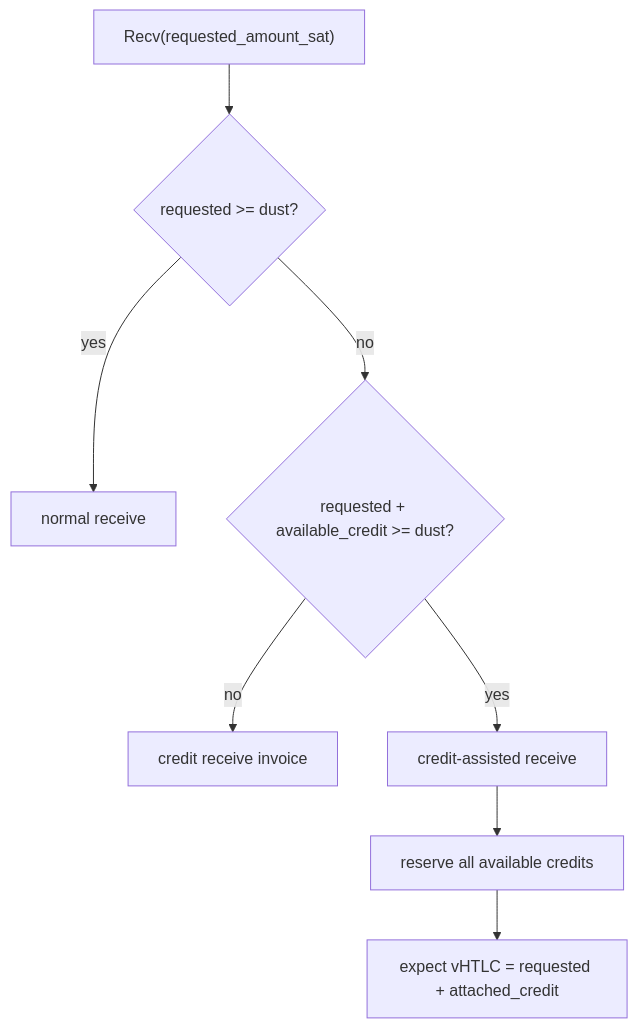
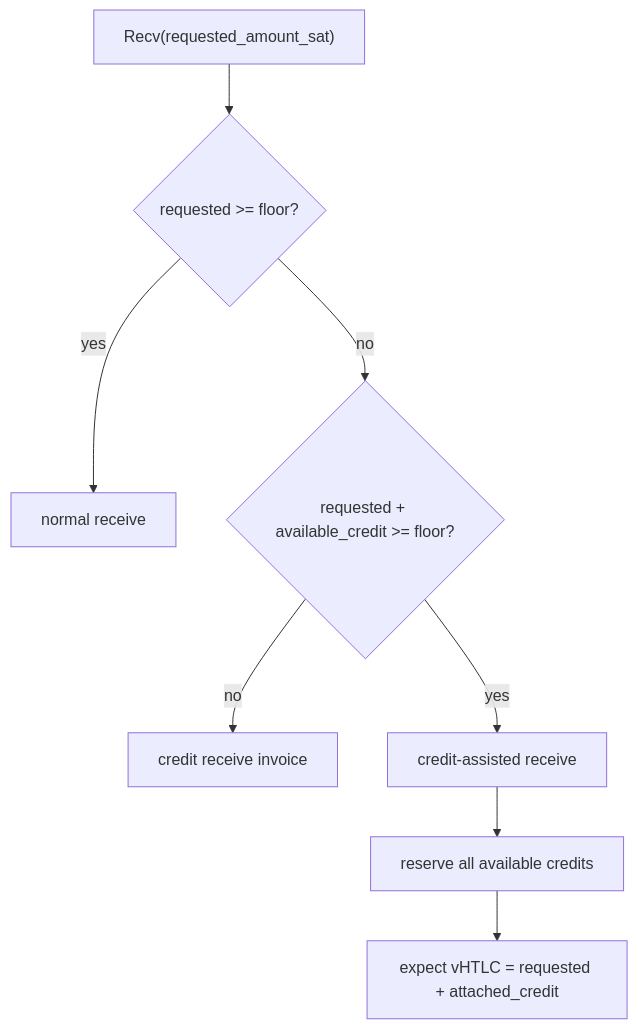
Before and after one commit to lightninglabs/wavelength: the third of 8 diagrams in docs/credit_system.md, drawn with Mermaid. The commit also changed other lines of this file and 2 other files, not shown here.

First line of the commit message:
swapwallet: Plan receives against VTXO floor

````diff
--- a/docs/credit_system.md
+++ b/docs/credit_system.md
@@ -107,10 +107,10 @@
 ```mermaid
 flowchart TD
-    A["Recv(requested_amount_sat)"] --> B{"requested >= dust?"}
+    A["Recv(requested_amount_sat)"] --> B{"requested >= floor?"}
     B -->|"yes"| N["normal receive"]
-    B -->|"no"| C{"requested + available_credit >= dust?"}
+    B -->|"no"| C{"requested + available_credit >= floor?"}
     C -->|"no"| R["credit receive invoice"]
     C -->|"yes"| M["credit-assisted receive"]
     M --> V["reserve all available credits"]
     V --> H["expect vHTLC = requested + attached_credit"]
 ```
````
